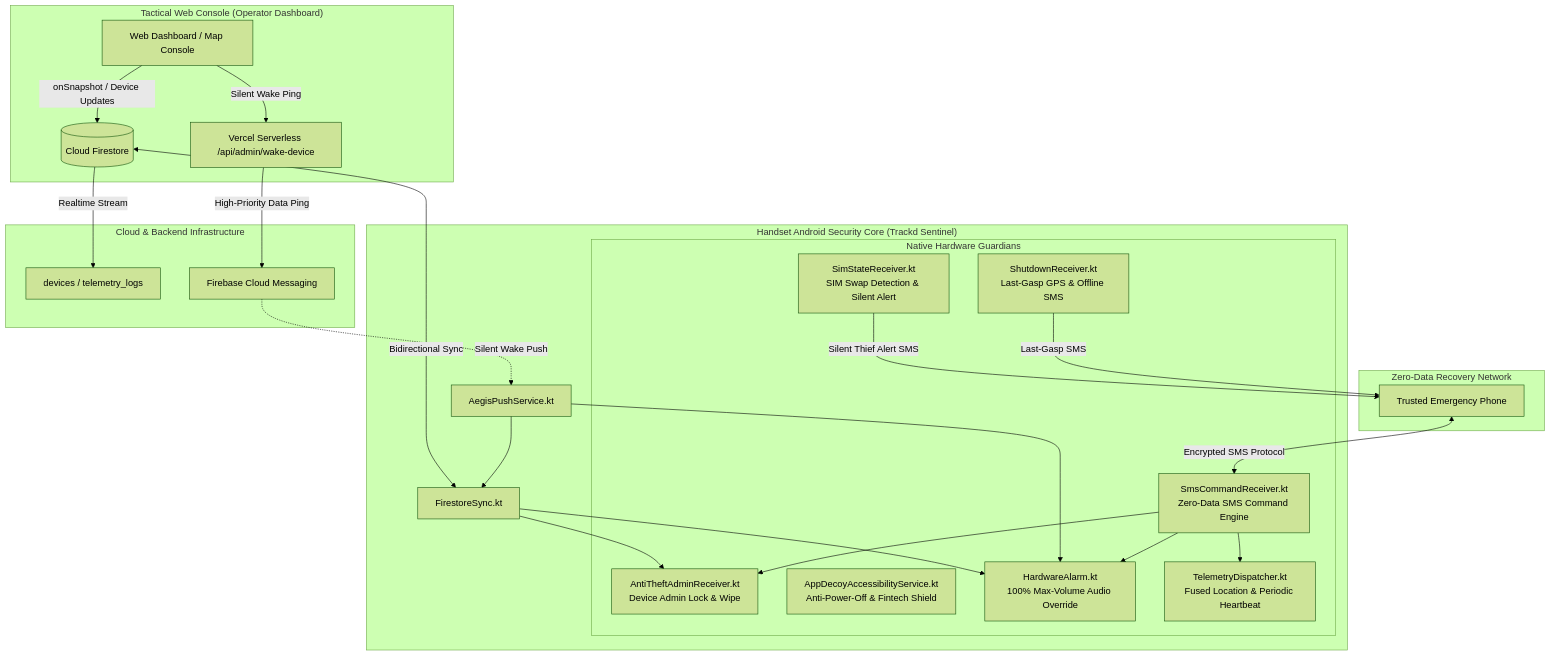
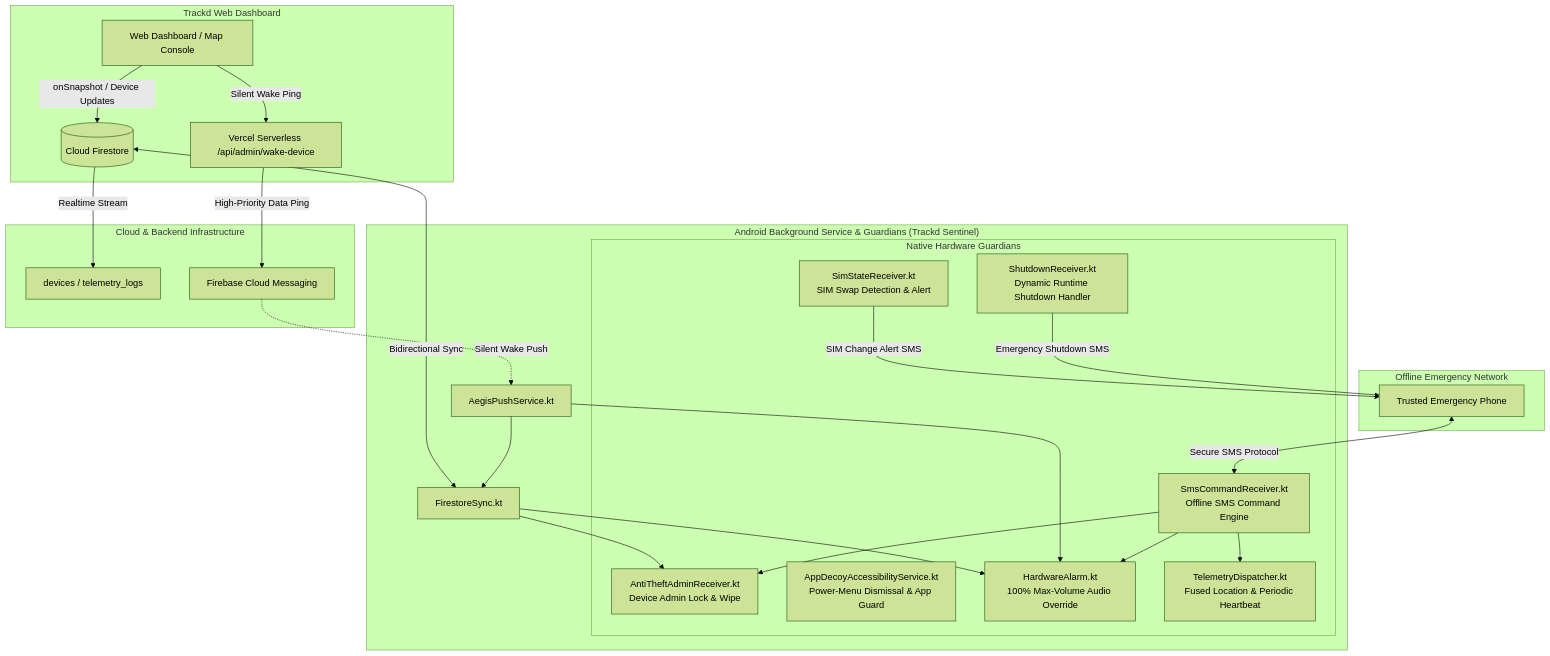
One commit to kingenious0/trackd changed the diagram in README.md. Above: the diagram before and after it, drawn with Mermaid (forest theme). The commit also changed other lines of this file and 9 other files, not shown here.

Commit message:
feat: dynamic shutdown receiver, power-menu dismissal, Android 13 restricted settings guide, and consumer tone overhaul

````diff
--- a/README.md
+++ b/README.md
@@ -35,41 +35,41 @@
 ```mermaid
 graph TD
-    subgraph "Tactical Web Console (Operator Dashboard)"
+    subgraph "Trackd Web Dashboard"
         WC[Web Dashboard / Map Console] -->|onSnapshot / Device Updates| FS[(Cloud Firestore)]
         WC -->|Silent Wake Ping| VFN[Vercel Serverless /api/admin/wake-device]
     end
 
     subgraph "Cloud & Backend Infrastructure"
         FS -->|Realtime Stream| DBL[devices / telemetry_logs]
         VFN -->|High-Priority Data Ping| FCM[Firebase Cloud Messaging]
     end
 
-    subgraph "Handset Android Security Core (Trackd Sentinel)"
+    subgraph "Android Background Service & Guardians (Trackd Sentinel)"
         FCM -.->|Silent Wake Push| APS[AegisPushService.kt]
         FS <-->|Bidirectional Sync| FSS[FirestoreSync.kt]
         
         subgraph "Native Hardware Guardians"
             DAR[AntiTheftAdminReceiver.kt<br/>Device Admin Lock & Wipe]
-            SDR[ShutdownReceiver.kt<br/>Last-Gasp GPS & Offline SMS]
-            SSR[SimStateReceiver.kt<br/>SIM Swap Detection & Silent Alert]
-            SMR[SmsCommandReceiver.kt<br/>Zero-Data SMS Command Engine]
-            ADE[AppDecoyAccessibilityService.kt<br/>Anti-Power-Off & Fintech Shield]
+            SDR[ShutdownReceiver.kt<br/>Dynamic Runtime Shutdown Handler]
+            SSR[SimStateReceiver.kt<br/>SIM Swap Detection & Alert]
+            SMR[SmsCommandReceiver.kt<br/>Offline SMS Command Engine]
+            ADE[AppDecoyAccessibilityService.kt<br/>Power-Menu Dismissal & App Guard]
             HA[HardwareAlarm.kt<br/>100% Max-Volume Audio Override]
             TD[TelemetryDispatcher.kt<br/>Fused Location & Periodic Heartbeat]
         end
         
         FSS --> DAR
         FSS --> HA
         APS --> HA
         APS --> FSS
         SMR --> HA
         SMR --> DAR
         SMR --> TD
     end
 
-    subgraph "Zero-Data Recovery Network"
-        EP[Trusted Emergency Phone] <-->|Encrypted SMS Protocol| SMR
-        SSR -->|Silent Thief Alert SMS| EP
-        SDR -->|Last-Gasp SMS| EP
+    subgraph "Offline Emergency Network"
+        EP[Trusted Emergency Phone] <-->|Secure SMS Protocol| SMR
+        SSR -->|SIM Change Alert SMS| EP
+        SDR -->|Emergency Shutdown SMS| EP
     end
 ```
````
